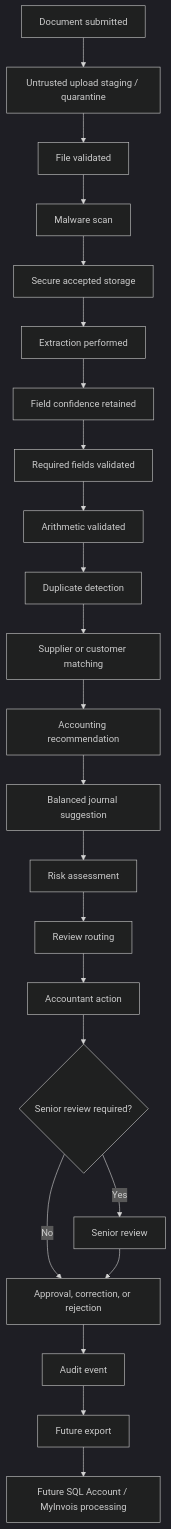
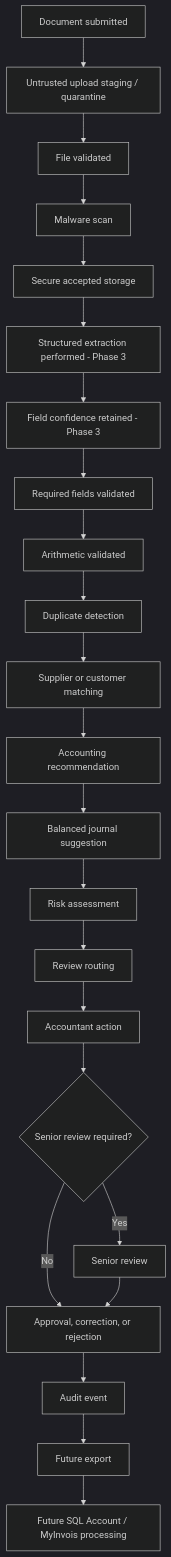
Before and after one commit to Linardi1328/ledgerpilot-ai: the third of 5 diagrams in docs/WORKFLOWS.md, drawn with Mermaid (dark theme). The commit also changed other lines of this file and 53 other files, not shown here.

Commit message:
feat: add Phase 3 structured extraction foundation

````diff
--- a/docs/WORKFLOWS.md
+++ b/docs/WORKFLOWS.md
@@ -33,25 +59,25 @@
 ```mermaid
 flowchart TD
     A[Document submitted] --> B[Untrusted upload staging / quarantine]
     B --> C[File validated]
     C --> D[Malware scan]
     D --> E[Secure accepted storage]
-    E --> F[Extraction performed]
-    F --> G[Field confidence retained]
+    E --> F[Structured extraction performed - Phase 3]
+    F --> G[Field confidence retained - Phase 3]
     G --> H[Required fields validated]
     H --> I[Arithmetic validated]
     I --> J[Duplicate detection]
     J --> K[Supplier or customer matching]
     K --> L[Accounting recommendation]
     L --> M[Balanced journal suggestion]
     M --> N[Risk assessment]
     N --> O[Review routing]
     O --> P[Accountant action]
     P --> Q{Senior review required?}
     Q -->|Yes| R[Senior review]
     Q -->|No| S[Approval, correction, or rejection]
     R --> S
     S --> T[Audit event]
     T --> U[Future export]
     U --> V[Future SQL Account / MyInvois processing]
 ```
````
